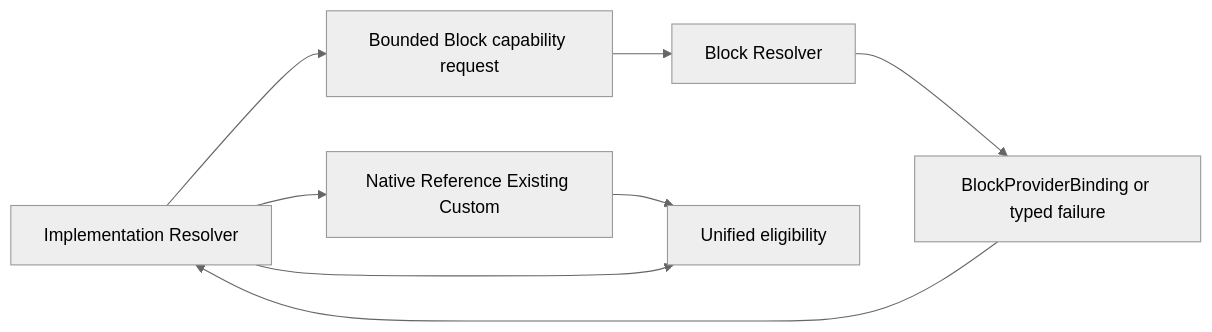
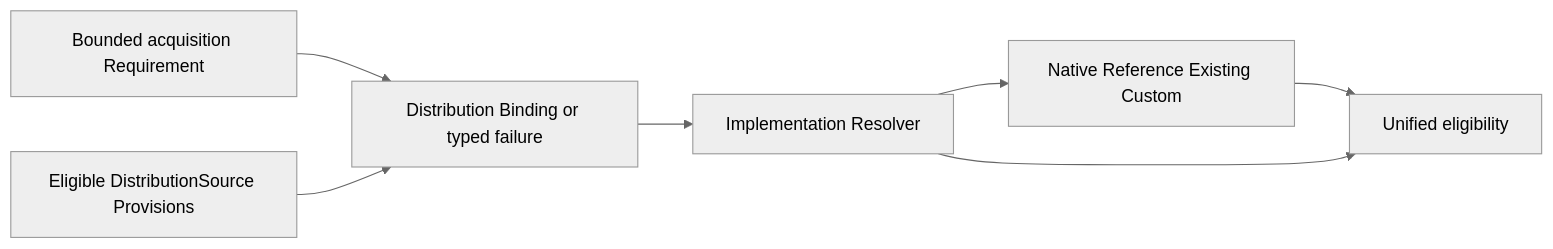
The fourth of 5 diagrams in docs/compiler-target-ir.md (sec-platform/sec), drawn with Mermaid (neutral theme) before and after one commit. The commit also changed other lines of this file and 37 other files, not shown here.

```diff
--- a/docs/compiler-target-ir.md
+++ b/docs/compiler-target-ir.md
@@ -152,10 +152,9 @@
 ~~~mermaid
 flowchart LR
   IR[Implementation Resolver] --> N[Native Reference Existing Custom]
-  IR --> Q[Bounded Block capability request]
-  Q --> BR[Block Resolver]
-  BR --> BB[BlockProviderBinding or typed failure]
-  BB --> IR
+  Q[Bounded acquisition Requirement] --> DB[Distribution Binding or typed failure]
+  DS[Eligible DistributionSource Provisions] --> DB
+  DB --> IR
   N --> EL[Unified eligibility]
   IR --> EL
 ~~~
```
